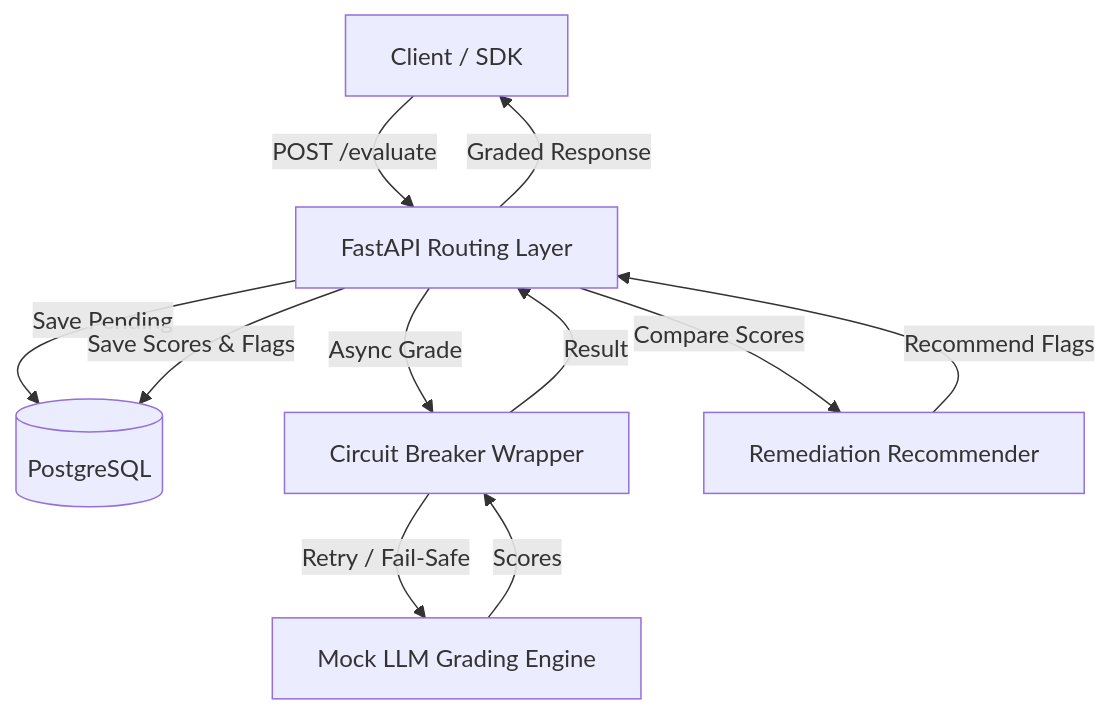
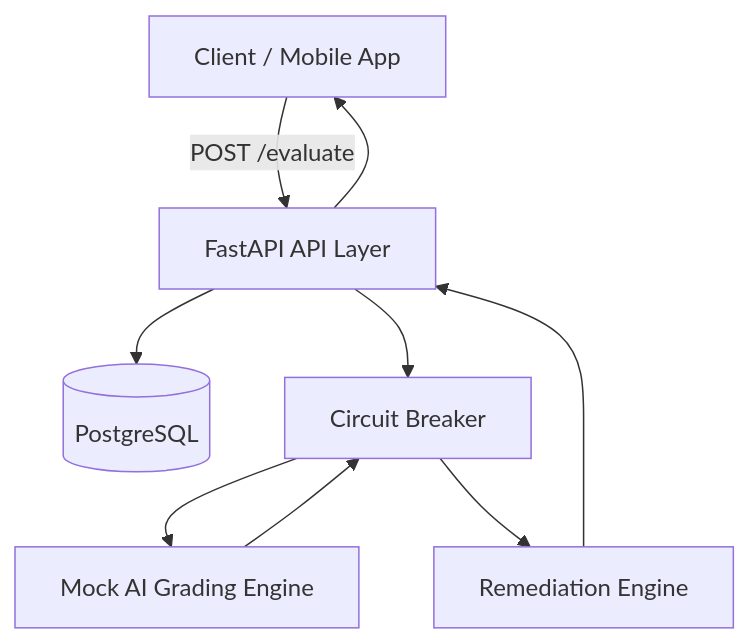
The first of 4 diagrams in task1-samvaad/DESIGN.md (shivmodi/edtech-assessment), drawn with Mermaid before and after one commit. The commit also changed other lines of this file and 5 other files, not shown here.

````diff
--- a/task1-samvaad/DESIGN.md
+++ b/task1-samvaad/DESIGN.md
@@ -7,13 +13,18 @@
 ```mermaid
 graph TD
-    Client[Client / SDK] -->|POST /evaluate| API[FastAPI Routing Layer]
-    API -->|Save Pending| DB[(PostgreSQL)]
-    API -->|Async Grade| CB[Circuit Breaker Wrapper]
-    CB -->|Retry / Fail-Safe| AI[Mock LLM Grading Engine]
-    AI -->|Scores| CB
-    CB -->|Result| API
-    API -->|Compare Scores| Rem[Remediation Recommender]
-    Rem -->|Recommend Flags| API
-    API -->|Save Scores & Flags| DB
-    API -->|Graded Response| Client
+    Client[Client / Mobile App] -->|POST /evaluate| API[FastAPI API Layer]
+
+    API --> DB[(PostgreSQL)]
+
+    API --> CB[Circuit Breaker]
+
+    CB --> AI[Mock AI Grading Engine]
+
+    AI --> CB
+
+    CB --> REM[Remediation Engine]
+
+    REM --> API
+
+    API --> Client
 ```
````
